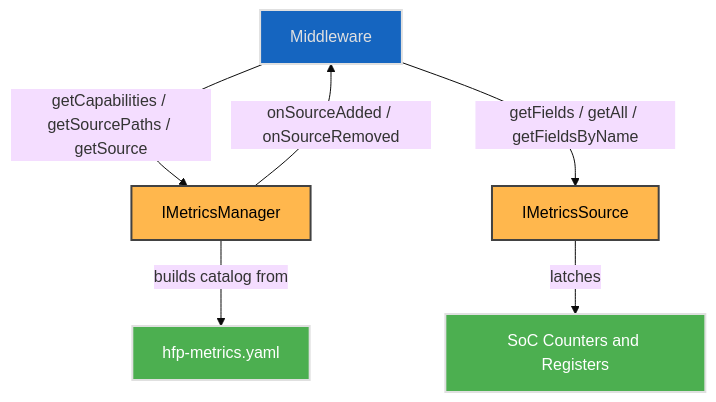
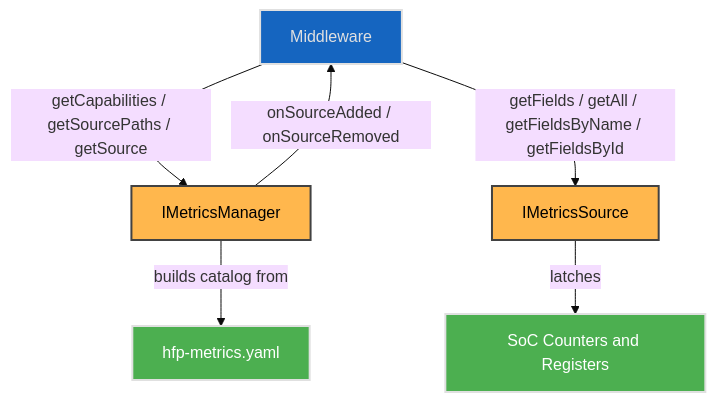
One commit to rdkcentral/rdk-halif-aidl changed the first of 2 diagrams in metrics/current/docs/metrics.md. Above: the diagram before and after it, drawn with Mermaid (base theme). The commit also changed other lines of this file and 2 other files, not shown here.

````diff
--- a/metrics/current/docs/metrics.md
+++ b/metrics/current/docs/metrics.md
@@ -243,19 +244,19 @@
 ```mermaid
 flowchart TD
     Client[Middleware] -->|getCapabilities / getSourcePaths / getSource| MGR[IMetricsManager]
-    Client -->|getFields / getAll / getFieldsByName| SRC[IMetricsSource]
+    Client -->|getFields / getAll / getFieldsByName / getFieldsById| SRC[IMetricsSource]
     MGR -->|onSourceAdded / onSourceRemoved| Client
     MGR -->|builds catalog from| HFP[hfp-metrics.yaml]
     SRC -->|latches| HW[SoC Counters and Registers]
 
     classDef blue fill:#1565C0,stroke:#E0E0E0,stroke-width:2px,color:#E0E0E0;
     classDef wheat fill:#FFB74D,stroke:#424242,stroke-width:2px,color:#000000;
     classDef green fill:#4CAF50,stroke:#E0E0E0,stroke-width:2px,color:#FFFFFF;
     classDef default fill:#1E1E1E,stroke:#E0E0E0,stroke-width:1px,color:#E0E0E0;
 
     Client:::blue
     MGR:::wheat
     SRC:::wheat
     HFP:::green
     HW:::green
 ```
````
